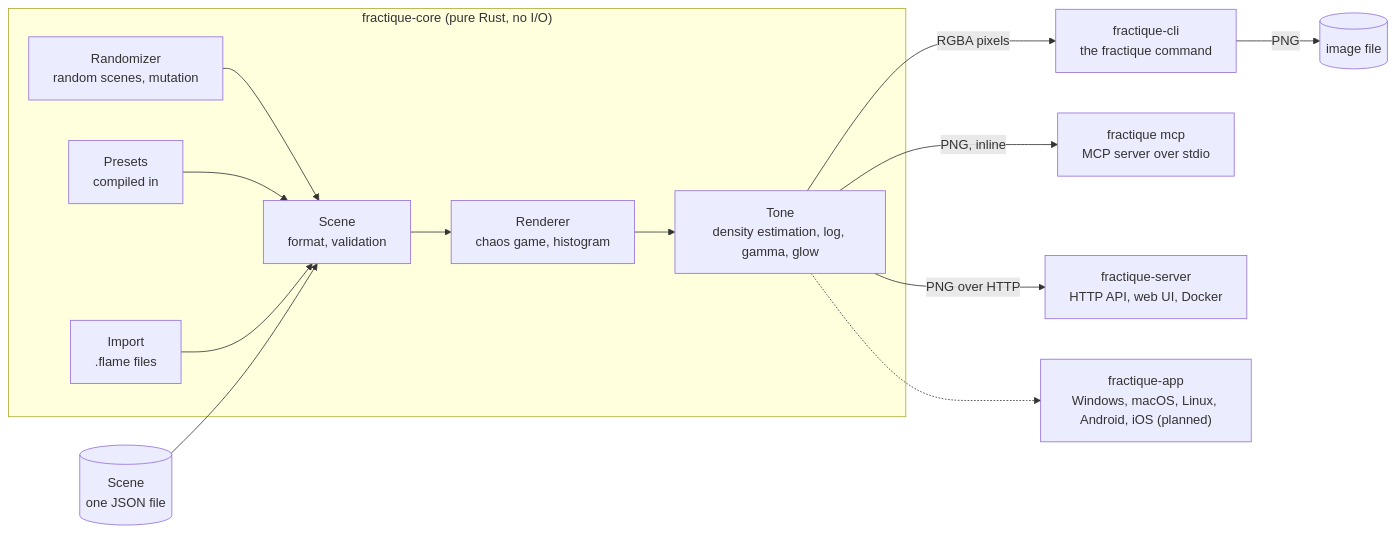
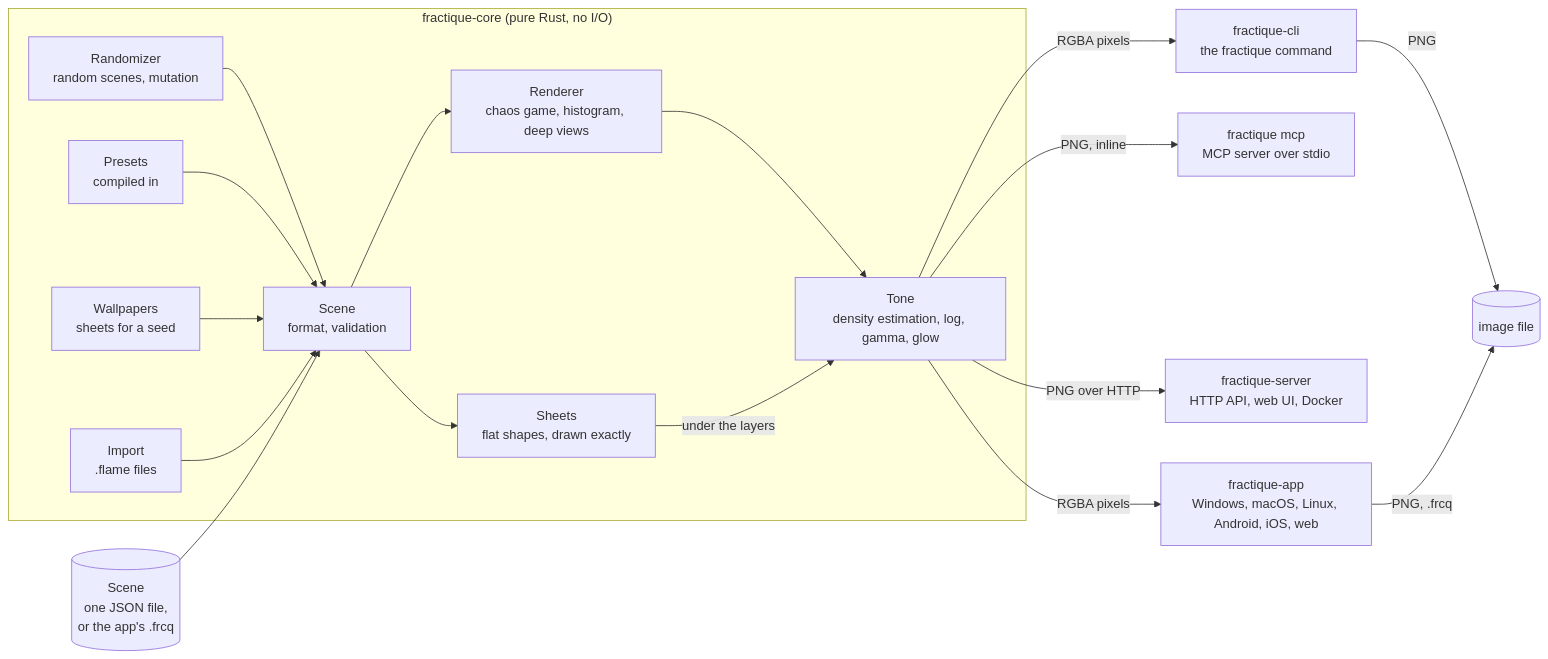
Before and after one commit to tarpetos/fractique: the first of 2 diagrams in docs/architecture.md, drawn with Mermaid. The commit also changed other lines of this file and 38 other files, not shown here.

First line of the commit message:
docs: describe the app, wallpapers and .frcq files in the readme, its translations and the docs (#26)

````diff
--- a/docs/architecture.md
+++ b/docs/architecture.md
@@ -9,29 +9,35 @@
 ```mermaid
 flowchart LR
-    SCENE[("Scene<br/>one JSON file")]
+    SCENE[("Scene<br/>one JSON file,<br/>or the app's .frcq")]
 
     subgraph CORE["fractique-core (pure Rust, no I/O)"]
         VAL["Scene<br/>format, validation"]
         RND["Randomizer<br/>random scenes, mutation"]
         PRE["Presets<br/>compiled in"]
+        WAL["Wallpapers<br/>sheets for a seed"]
         IMP["Import<br/>.flame files"]
-        REN["Renderer<br/>chaos game, histogram"]
+        REN["Renderer<br/>chaos game, histogram, deep views"]
         TON["Tone<br/>density estimation, log, gamma, glow"]
+        SHE["Sheets<br/>flat shapes, drawn exactly"]
         VAL --> REN --> TON
+        VAL --> SHE
         RND --> VAL
         PRE --> VAL
+        WAL --> VAL
         IMP --> VAL
     end
 
     CLI["fractique-cli<br/>the fractique command"]
     MCP["fractique mcp<br/>MCP server over stdio"]
     SRV["fractique-server<br/>HTTP API, web UI, Docker"]
-    APP["fractique-app<br/>Windows, macOS, Linux, Android, iOS (planned)"]
+    APP["fractique-app<br/>Windows, macOS, Linux, Android, iOS, web"]
 
     SCENE --> VAL
     TON -- "RGBA pixels" --> CLI
+    SHE -- "under the layers" --> TON
     TON -- "PNG, inline" --> MCP
     TON -- "PNG over HTTP" --> SRV
-    TON -.-> APP
+    TON -- "RGBA pixels" --> APP
     CLI -- "PNG" --> OUT[("image file")]
+    APP -- "PNG, .frcq" --> OUT
 ```
````
